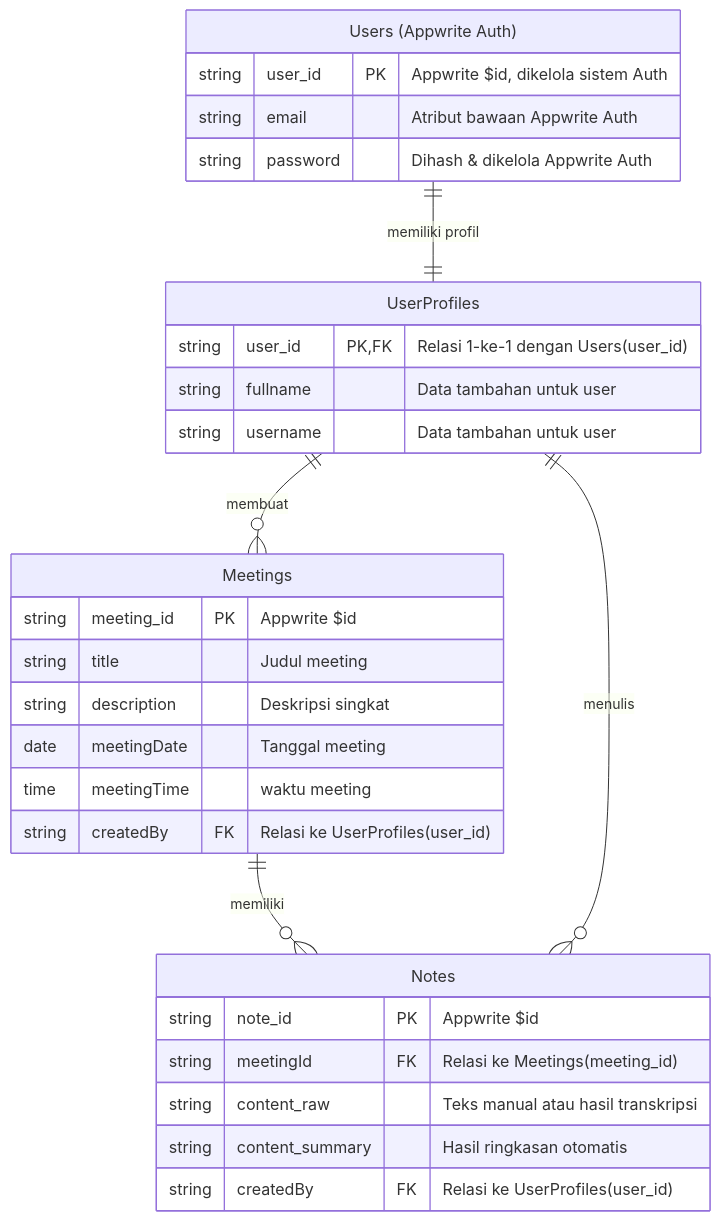
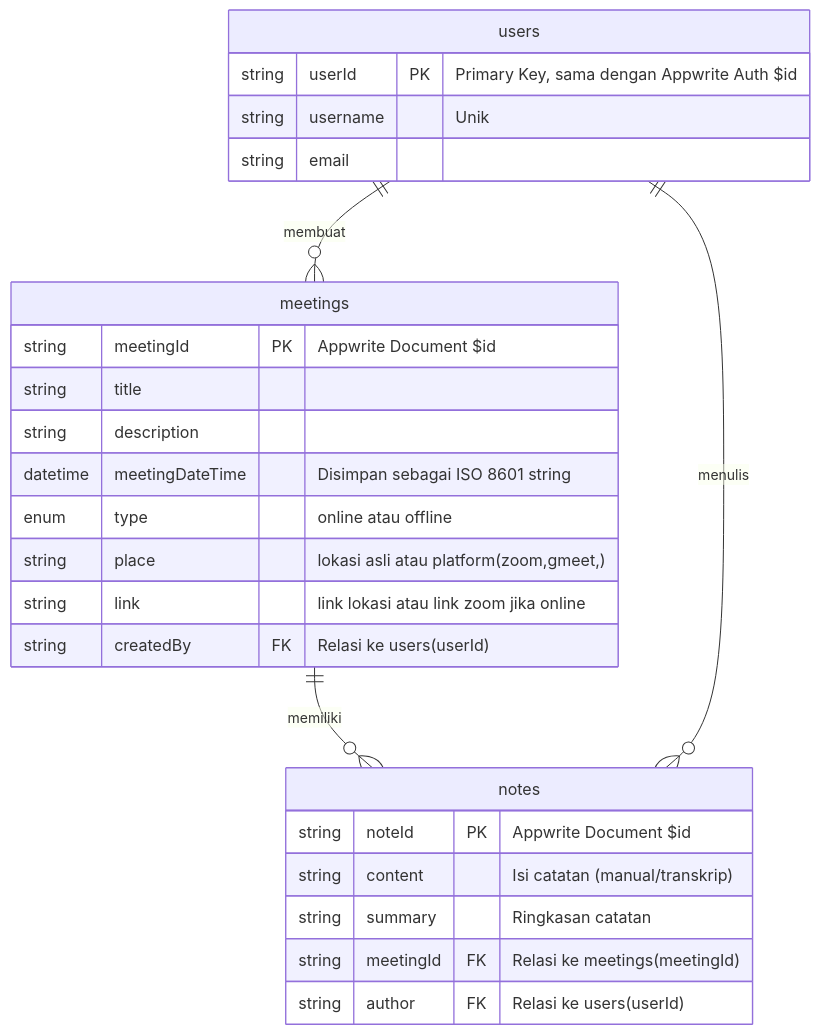
One commit to azharmlnf/meeting_apps changed the second of 2 diagrams in dokumen-srs-Azhar-221240001263.md. Above: the diagram before and after it, drawn with Mermaid. The commit also changed other lines of this file and 141 other files, not shown here.

````diff
--- a/dokumen-srs-Azhar-221240001263.md
+++ b/dokumen-srs-Azhar-221240001263.md
@@ -196,37 +197,32 @@
 ```mermaid
 erDiagram
-    "Users (Appwrite Auth)" {
-        string user_id PK "Appwrite $id, dikelola sistem Auth"
-        string email "Atribut bawaan Appwrite Auth"
-        string password "Dihash & dikelola Appwrite Auth"
+    users {
+        string userId PK "Primary Key, sama dengan Appwrite Auth $id"
+        string username "Unik"
+        string email
     }
 
-    UserProfiles {
-        string user_id PK, FK "Relasi 1-ke-1 dengan Users(user_id)"
-        string fullname "Data tambahan untuk user"
-        string username "Data tambahan untuk user"
+    meetings {
+        string meetingId PK "Appwrite Document $id"
+        string title
+        string description
+        datetime meetingDateTime "Disimpan sebagai ISO 8601 string"
+        enum type "online atau offline"
+        string place "lokasi asli atau platform(zoom,gmeet,)"
+        string link "link lokasi atau link zoom jika online"
+        string createdBy FK "Relasi ke users(userId)"
     }
 
-    Meetings {
-        string meeting_id PK "Appwrite $id"
-        string title "Judul meeting"
-        string description "Deskripsi singkat"
-        date meetingDate "Tanggal meeting "
-        time meetingTime "  waktu meeting"
-        string createdBy FK "Relasi ke UserProfiles(user_id)"
+    notes {
+        string noteId PK "Appwrite Document $id"
+        string content "Isi catatan (manual/transkrip)"
+        string summary "Ringkasan catatan"
+        string meetingId FK "Relasi ke meetings(meetingId)"
+        string author FK "Relasi ke users(userId)"
     }
 
-    Notes {
-        string note_id PK "Appwrite $id"
-        string meetingId FK "Relasi ke Meetings(meeting_id)"
-        string content_raw "Teks manual atau hasil transkripsi"
-        string content_summary "Hasil ringkasan otomatis"
-        string createdBy FK "Relasi ke UserProfiles(user_id)"
-    }
-
-    %% Mendefinisikan Hubungan
-    "Users (Appwrite Auth)" ||--|| UserProfiles : "memiliki profil"
-    UserProfiles ||--o{ Meetings : "membuat"
-    Meetings ||--o{ Notes : "memiliki"
-    UserProfiles ||--o{ Notes : "menulis"
+    %% Mendefinisikan Hubungan Antar Collection
+    users ||--o{ meetings : "membuat"
+    meetings ||--o{ notes : "memiliki"
+    users ||--o{ notes : "menulis"
 ```
````
